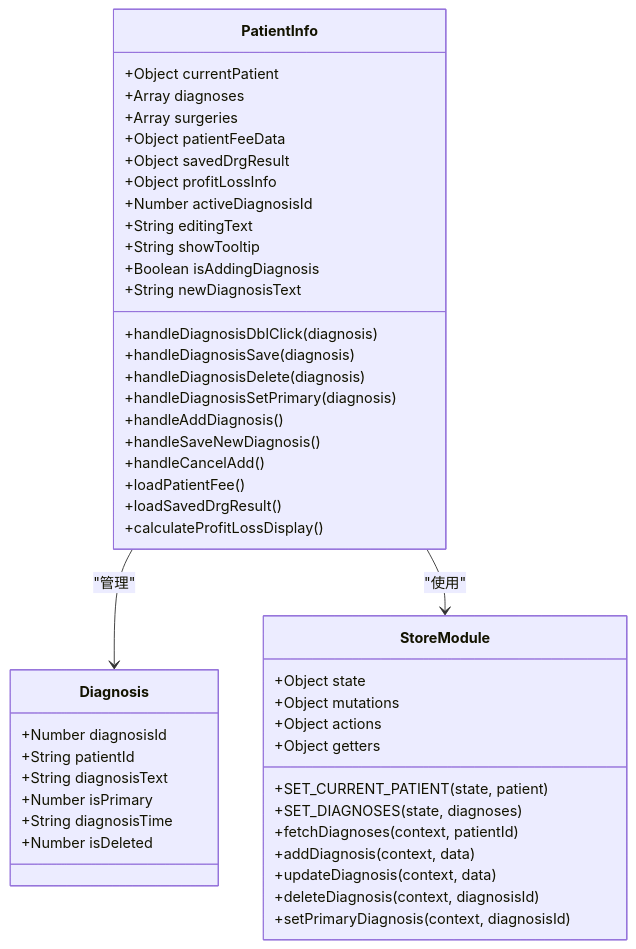
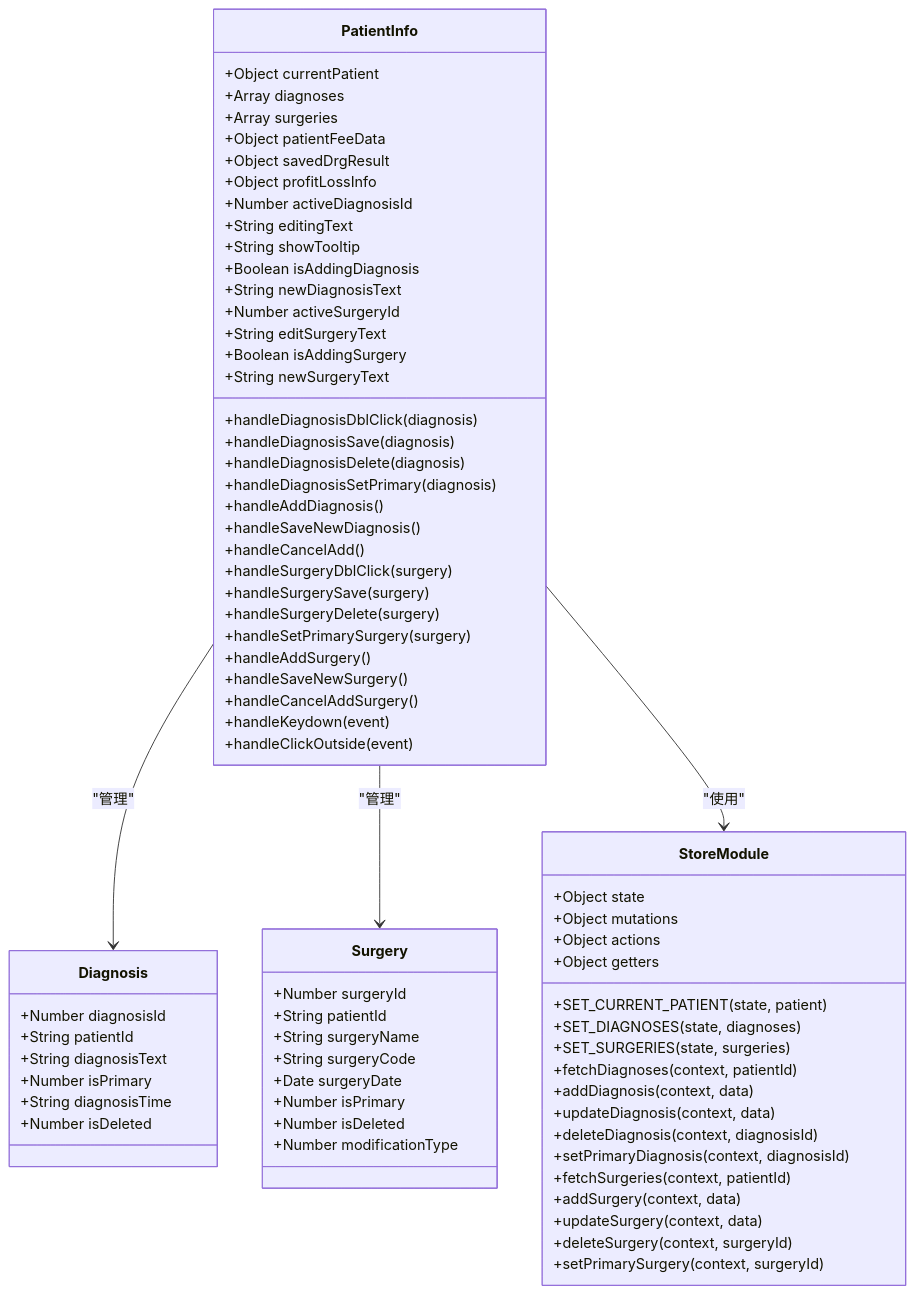
Before and after one commit to liuzh2008/med_ai_assistant_workspace: the second of 8 diagrams in .qoder/repowiki/zh/content/核心功能模块/诊断编辑面板增强.md, drawn with Mermaid. The commit also changed other lines of this file and 9 other files, not shown here.

````diff
--- a/.qoder/repowiki/zh/content/核心功能模块/诊断编辑面板增强.md
+++ b/.qoder/repowiki/zh/content/核心功能模块/诊断编辑面板增强.md
@@ -102,49 +111,76 @@
 ```mermaid
 classDiagram
 class PatientInfo {
 +Object currentPatient
 +Array diagnoses
 +Array surgeries
 +Object patientFeeData
 +Object savedDrgResult
 +Object profitLossInfo
 +Number activeDiagnosisId
 +String editingText
 +String showTooltip
 +Boolean isAddingDiagnosis
 +String newDiagnosisText
++Number activeSurgeryId
++String editSurgeryText
++Boolean isAddingSurgery
++String newSurgeryText
 +handleDiagnosisDblClick(diagnosis)
 +handleDiagnosisSave(diagnosis)
 +handleDiagnosisDelete(diagnosis)
 +handleDiagnosisSetPrimary(diagnosis)
 +handleAddDiagnosis()
 +handleSaveNewDiagnosis()
 +handleCancelAdd()
-+loadPatientFee()
-+loadSavedDrgResult()
-+calculateProfitLossDisplay()
++handleSurgeryDblClick(surgery)
++handleSurgerySave(surgery)
++handleSurgeryDelete(surgery)
++handleSetPrimarySurgery(surgery)
++handleAddSurgery()
++handleSaveNewSurgery()
++handleCancelAddSurgery()
++handleKeydown(event)
++handleClickOutside(event)
 }
 class Diagnosis {
 +Number diagnosisId
 +String patientId
 +String diagnosisText
 +Number isPrimary
 +String diagnosisTime
 +Number isDeleted
 }
+class Surgery {
++Number surgeryId
++String patientId
++String surgeryName
++String surgeryCode
++Date surgeryDate
++Number isPrimary
++Number isDeleted
++Number modificationType
+}
 class StoreModule {
 +Object state
 +Object mutations
 +Object actions
 +Object getters
 +SET_CURRENT_PATIENT(state, patient)
 +SET_DIAGNOSES(state, diagnoses)
++SET_SURGERIES(state, surgeries)
 +fetchDiagnoses(context, patientId)
 +addDiagnosis(context, data)
 +updateDiagnosis(context, data)
 +deleteDiagnosis(context, diagnosisId)
 +setPrimaryDiagnosis(context, diagnosisId)
++fetchSurgeries(context, patientId)
++addSurgery(context, data)
++updateSurgery(context, data)
++deleteSurgery(context, surgeryId)
++setPrimarySurgery(context, surgeryId)
 }
 PatientInfo --> Diagnosis : "管理"
+PatientInfo --> Surgery : "管理"
 PatientInfo --> StoreModule : "使用"
 ```
````
